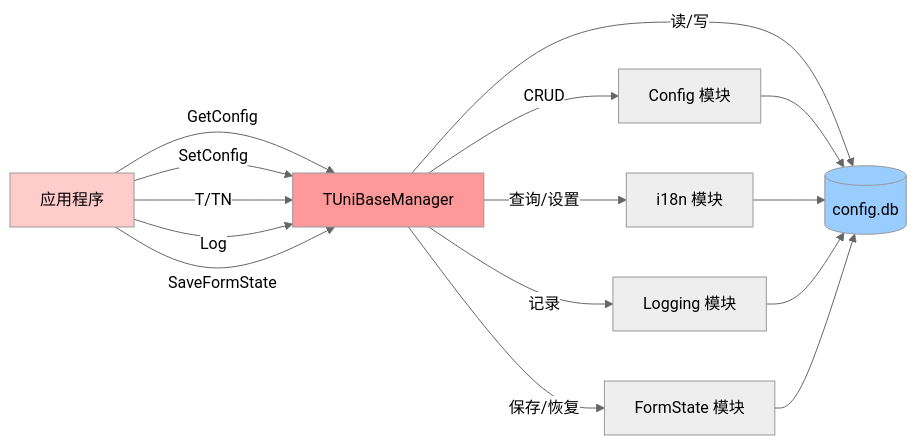
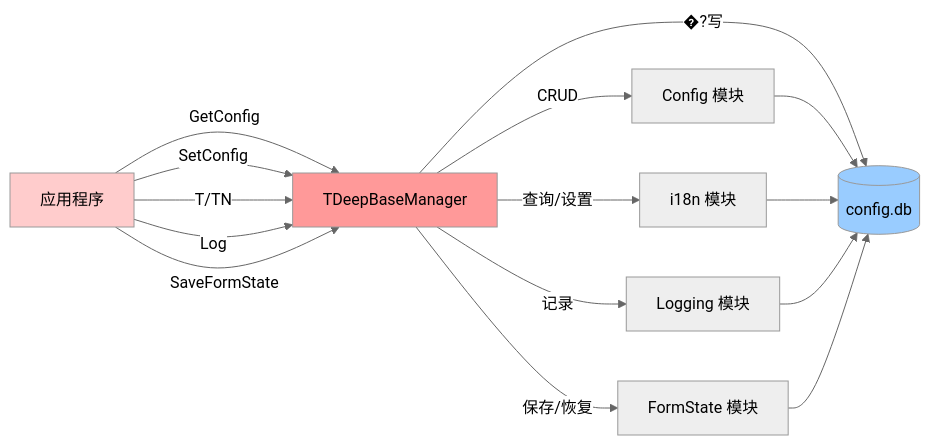
The fourth of 5 diagrams in docs/ui/01-Architecture-Overview.md (DeepKit/DeepBase), drawn with Mermaid (neutral theme) before and after one commit. The commit also changed other lines of this file and 1572 other files, not shown here.

````diff
--- a/docs/ui/01-Architecture-Overview.md
+++ b/docs/ui/01-Architecture-Overview.md
@@ -159,25 +159,25 @@
 ```mermaid
 graph LR
     App["应用程序"]
     
-    App -->|GetConfig| Manager["TUniBaseManager"]
+    App -->|GetConfig| Manager["TDeepBaseManager"]
     App -->|SetConfig| Manager
     App -->|T/TN| Manager
     App -->|Log| Manager
     App -->|SaveFormState| Manager
     
-    Manager -->|读/写| DB[(config.db)]
+    Manager -->|�?写| DB[(config.db)]
     Manager -->|CRUD| Config["Config 模块"]
     Manager -->|查询/设置| I18n["i18n 模块"]
     Manager -->|记录| Logging["Logging 模块"]
     Manager -->|保存/恢复| FormState["FormState 模块"]
     
     Config --> DB
     I18n --> DB
     Logging --> DB
     FormState --> DB
     
     style App fill:#ffcccc
     style Manager fill:#ff9999
     style DB fill:#99ccff
 ```
````
